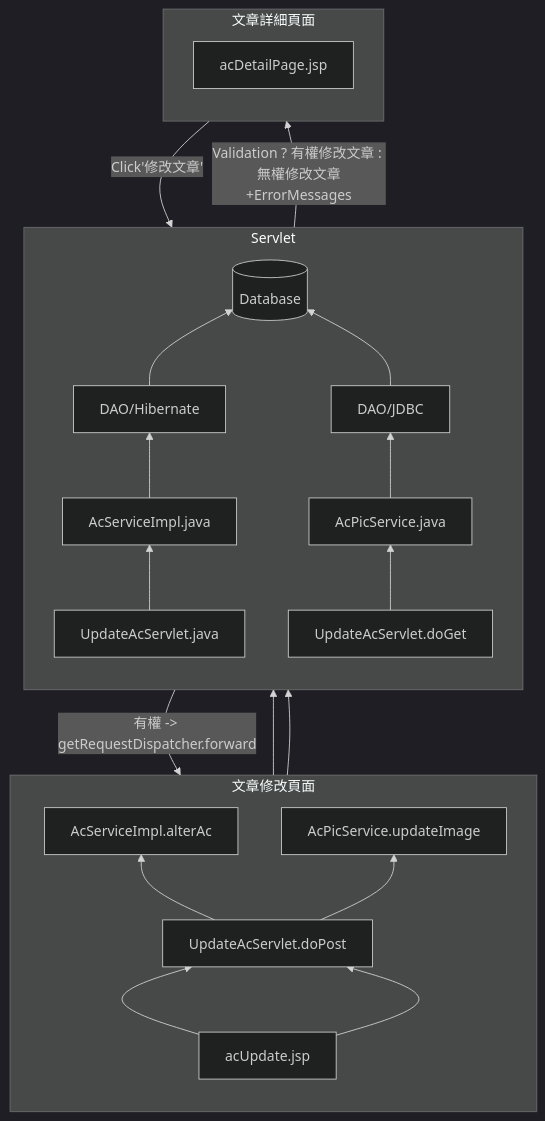
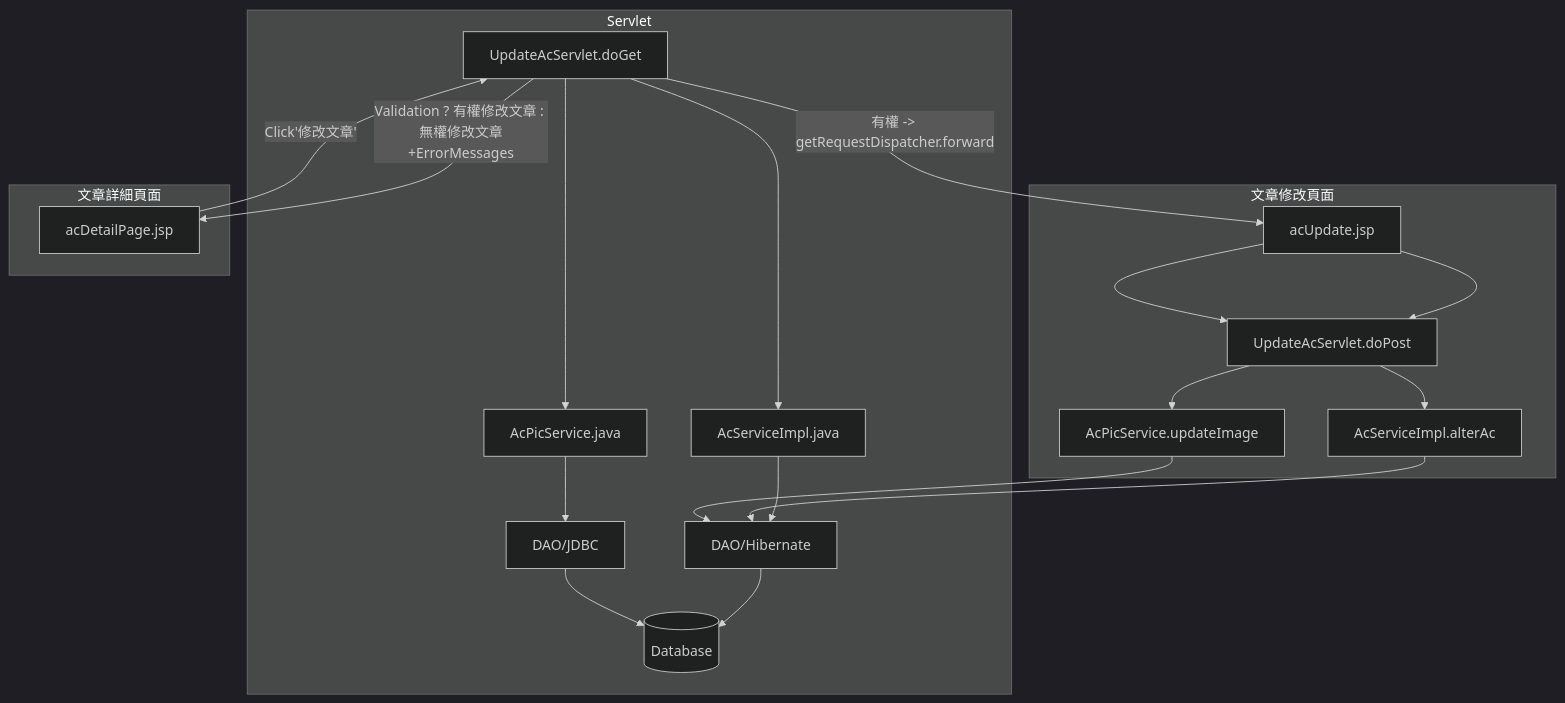
Before and after one commit to TLexYuW/CGA103G1OwnPart: diagram 12 of 12 in README.md, drawn with Mermaid (dark theme).

Commit message:
LexVaultBackup: 2022-09-12 23:08:36
Affected files:
README.md

````diff
--- a/README.md
+++ b/README.md
@@ -290,35 +290,28 @@
 ```mermaid
 graph TB
 	subgraph Servlet
-	direction BT
-	UAS[UpdateAcServlet.java] --> ASI[AcServiceImpl.java] 
+	UASG[UpdateAcServlet.doGet] --> ASI[AcServiceImpl.java] 
 	--> H[DAO/Hibernate] --> DB[(Database)]
 	end
 	
 	subgraph Servlet
-	direction BT
 	UASG[UpdateAcServlet.doGet] --> APS[AcPicService.java] 
 	--> DAO[DAO/JDBC] --> DB[(Database)]
 	end
 
-	
-	
 	subgraph 文章修改頁面
-	direction BT
 	acU[acUpdate.jsp] --> UASP[UpdateAcServlet.doPost] --> ASIalter[AcServiceImpl.alterAc] --> H
 	end
 	
 	subgraph 文章修改頁面
-	direction BT
 	acU[acUpdate.jsp] --> UASP[UpdateAcServlet.doPost] --> APSupdate[AcPicService.updateImage] --> H
 	end
 	
 	subgraph 文章詳細頁面
-	direction BT
 	acDP[acDetailPage.jsp]
 	end
 	
-	acDP -->|Click'修改文章'| UAS
-	UAS -->|Validation ? 有權修改文章 : 無權修改文章+ErrorMessages| acDP
-	UAS -->|有權 -> getRequestDispatcher.forward| acU
+	acDP -->|Click'修改文章'| UASG
+	UASG -->|Validation ? 有權修改文章 : 無權修改文章+ErrorMessages| acDP
+	UASG -->|有權 -> getRequestDispatcher.forward| acU
 ```
````
